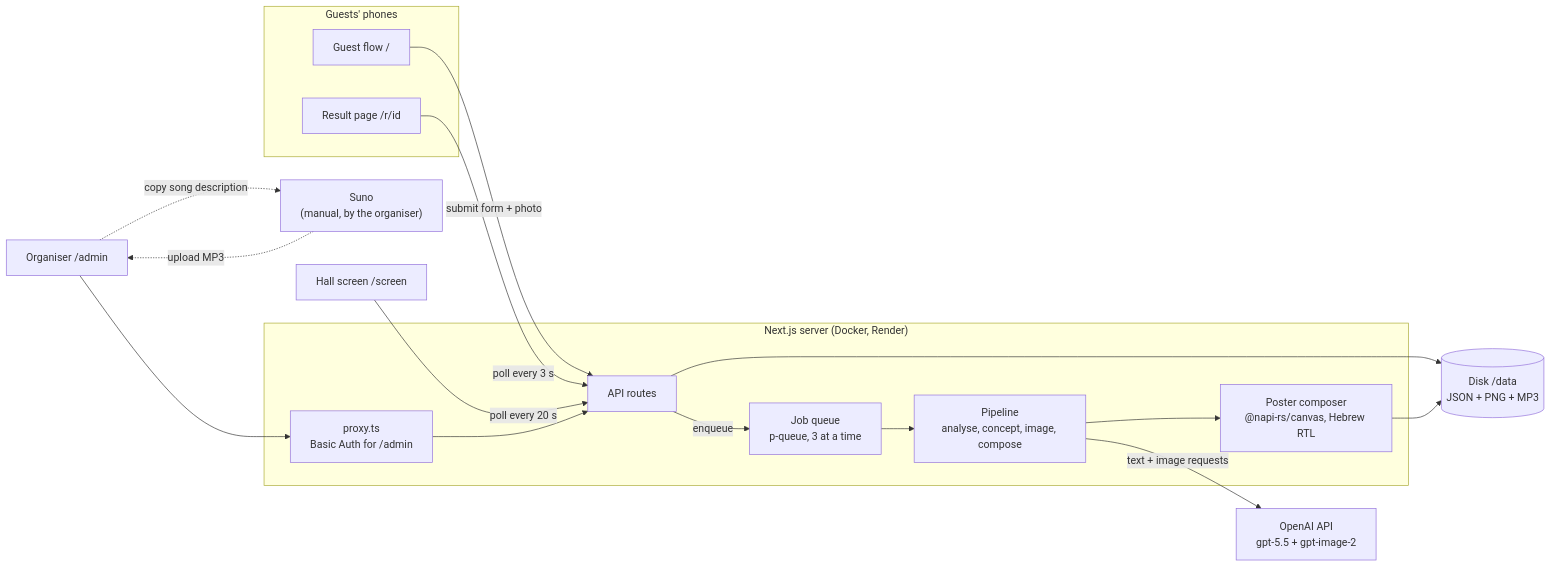
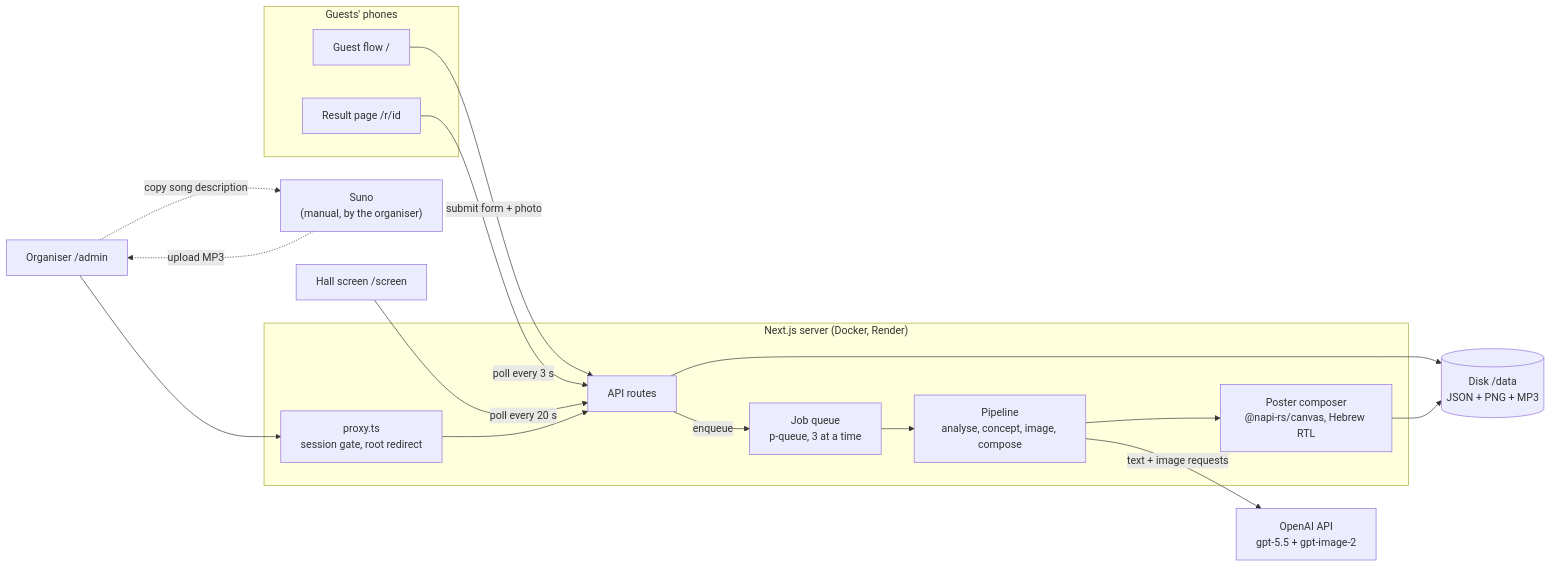
One commit to yutal/carmel_bar_mitzva changed the first of 6 diagrams in README.md. Above: the diagram before and after it, drawn with Mermaid. The commit also changed other lines of this file and 50 other files, not shown here.

````diff
--- a/README.md
+++ b/README.md
@@ -64,32 +97,32 @@
 ```mermaid
 flowchart LR
     subgraph Guests["Guests' phones"]
         G["Guest flow  /"]
         R["Result page  /r/id"]
     end
     Hall["Hall screen  /screen"]
     Admin["Organiser  /admin"]
 
     subgraph App["Next.js server (Docker, Render)"]
         API["API routes"]
-        Proxy["proxy.ts<br/>Basic Auth for /admin"]
+        Proxy["proxy.ts<br/>session gate, root redirect"]
         Q["Job queue<br/>p-queue, 3 at a time"]
         P["Pipeline<br/>analyse, concept, image, compose"]
         C["Poster composer<br/>@napi-rs/canvas, Hebrew RTL"]
     end
 
     Disk[("Disk  /data<br/>JSON + PNG + MP3")]
     OAI["OpenAI API<br/>gpt-5.5 + gpt-image-2"]
     Suno["Suno<br/>(manual, by the organiser)"]
 
     G -- "submit form + photo" --> API
     R -- "poll every 3 s" --> API
     Hall -- "poll every 20 s" --> API
     Admin --> Proxy --> API
     API --> Disk
     API -- "enqueue" --> Q --> P
     P -- "text + image requests" --> OAI
     P --> C --> Disk
     Admin -. "copy song description" .-> Suno
     Suno -. "upload MP3" .-> Admin
 ```
````
